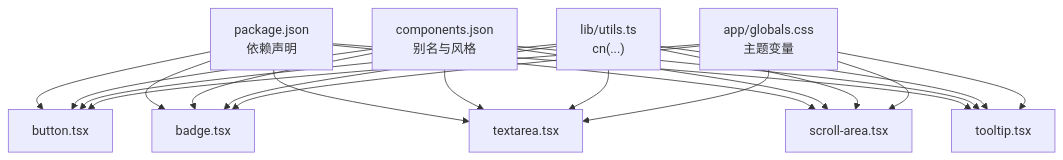
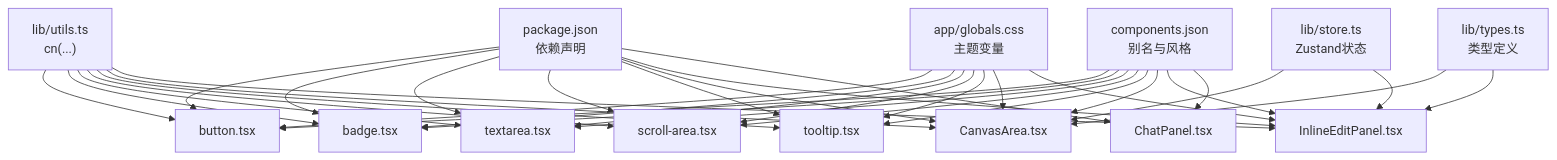
The tenth of 10 diagrams in .qoder/repowiki/zh/content/UI 组件系统.md (billye220670/BananaFlow2), drawn with Mermaid before and after one commit. The commit also changed other lines of this file and 29 other files, not shown here.

````diff
--- a/.qoder/repowiki/zh/content/UI 组件系统.md
+++ b/.qoder/repowiki/zh/content/UI 组件系统.md
@@ -383,32 +545,51 @@
 ```mermaid
 graph TB
 PKG["package.json<br/>依赖声明"]
 CFG["components.json<br/>别名与风格"]
 UTILS["lib/utils.ts<br/>cn(...)"]
 THEME["app/globals.css<br/>主题变量"]
+STORE["lib/store.ts<br/>Zustand状态"]
+TYPES["lib/types.ts<br/>类型定义"]
 BTN["button.tsx"]
 BADGE["badge.tsx"]
 TEXTAREA["textarea.tsx"]
 SCROLL["scroll-area.tsx"]
 TOOLTIP["tooltip.tsx"]
+CANVAS["CanvasArea.tsx"]
+INLINEEDIT["InlineEditPanel.tsx"]
+CHAT["ChatPanel.tsx"]
 PKG --> BTN
 PKG --> BADGE
 PKG --> TEXTAREA
 PKG --> SCROLL
 PKG --> TOOLTIP
+PKG --> CANVAS
+PKG --> INLINEEDIT
+PKG --> CHAT
 CFG --> BTN
 CFG --> BADGE
 CFG --> TEXTAREA
 CFG --> SCROLL
 CFG --> TOOLTIP
+CFG --> CANVAS
+CFG --> INLINEEDIT
+CFG --> CHAT
 UTILS --> BTN
 UTILS --> BADGE
 UTILS --> TEXTAREA
 UTILS --> SCROLL
 UTILS --> TOOLTIP
+UTILS --> CANVAS
+UTILS --> INLINEEDIT
 THEME --> BTN
 THEME --> BADGE
 THEME --> TEXTAREA
 THEME --> SCROLL
 THEME --> TOOLTIP
+THEME --> CANVAS
+THEME --> INLINEEDIT
+STORE --> CANVAS
+STORE --> INLINEEDIT
+TYPES --> CANVAS
+TYPES --> INLINEEDIT
 ```
````
